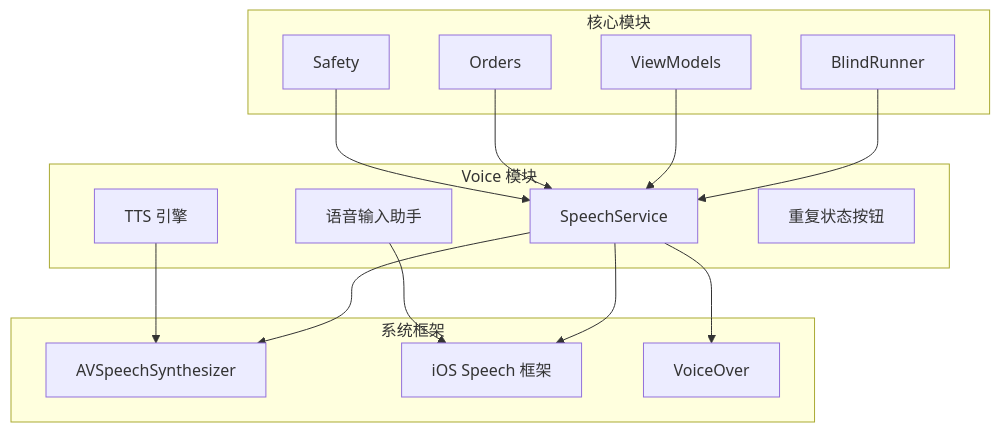
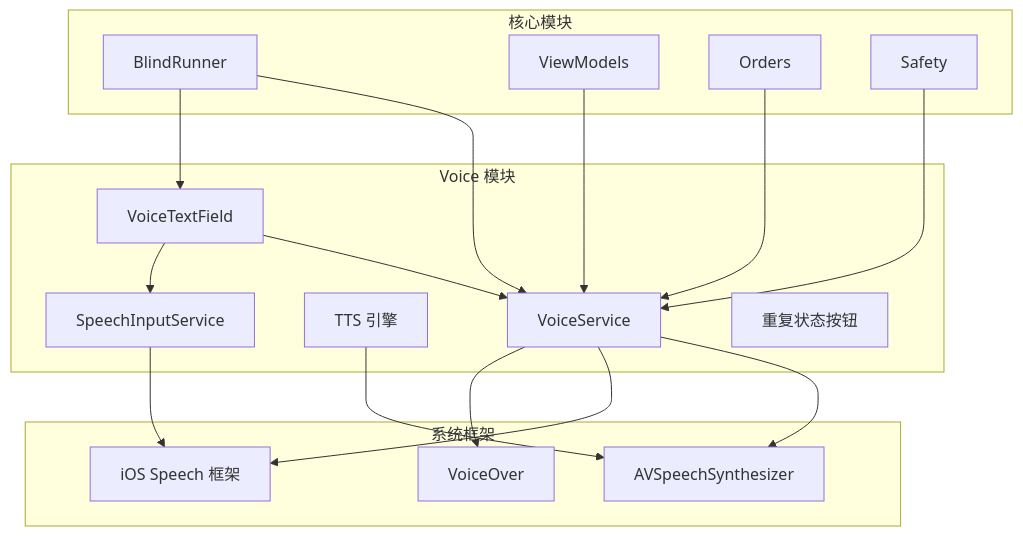
One commit to Jayden23018/blind-run-ios changed the first of 11 diagrams in .qoder/repowiki/zh/content/架构设计/模块化架构设计/Voice 语音模块.md. Above: the diagram before and after it, drawn with Mermaid. The commit also changed other lines of this file and 5 other files, not shown here.

````diff
--- a/.qoder/repowiki/zh/content/架构设计/模块化架构设计/Voice 语音模块.md
+++ b/.qoder/repowiki/zh/content/架构设计/模块化架构设计/Voice 语音模块.md
@@ -46,29 +60,33 @@
 ```mermaid
 graph TB
 subgraph "Voice 模块"
-VS[SpeechService]
+VS[VoiceService]
 TTS[TTS 引擎]
-SI[语音输入助手]
+SI[SpeechInputService]
+VTF[VoiceTextField]
 RCS[重复状态按钮]
 end
 subgraph "核心模块"
 BR[BlindRunner]
 VM[ViewModels]
 ORD[Orders]
 SAF[Safety]
 end
 subgraph "系统框架"
 AVS[AVSpeechSynthesizer]
 SPEECH[iOS Speech 框架]
 VO[VoiceOver]
 end
 VS --> AVS
 VS --> SPEECH
 VS --> VO
+SI --> SPEECH
+VTF --> VS
+VTF --> SI
 BR --> VS
+BR --> VTF
 VM --> VS
 ORD --> VS
 SAF --> VS
 TTS --> AVS
-SI --> SPEECH
 ```
````
